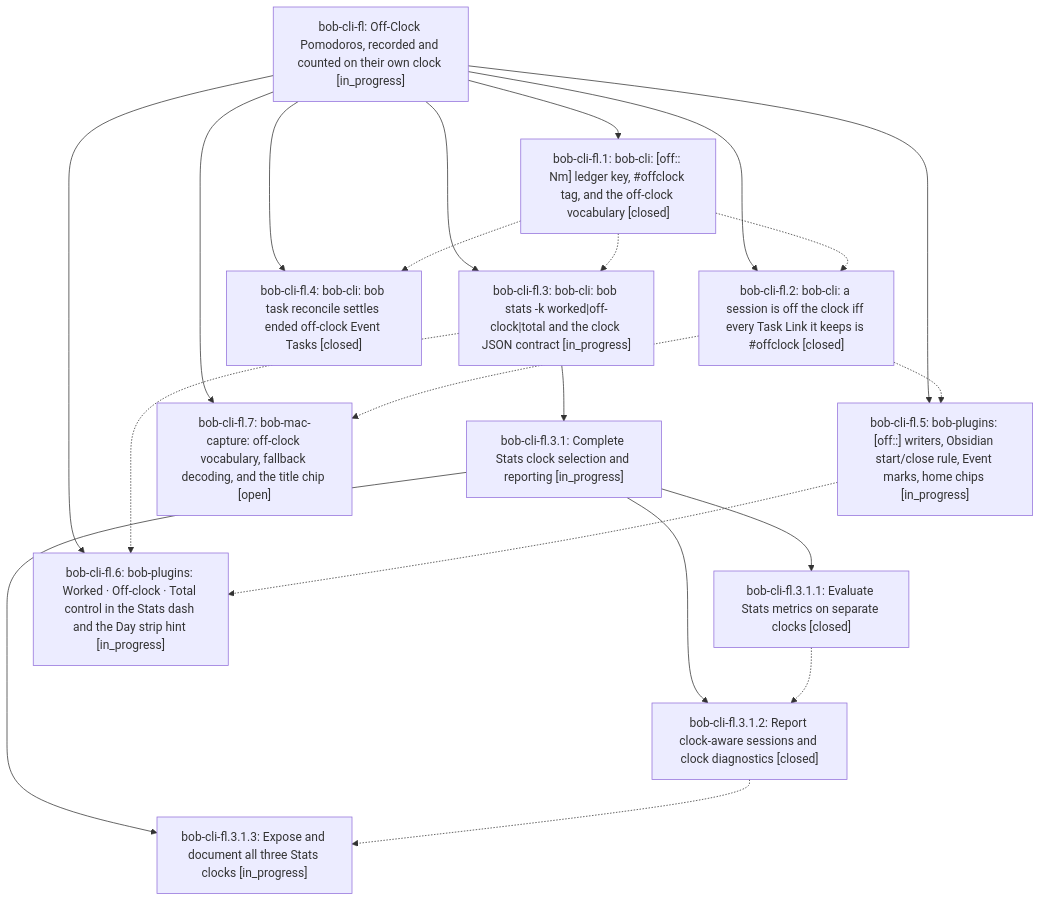
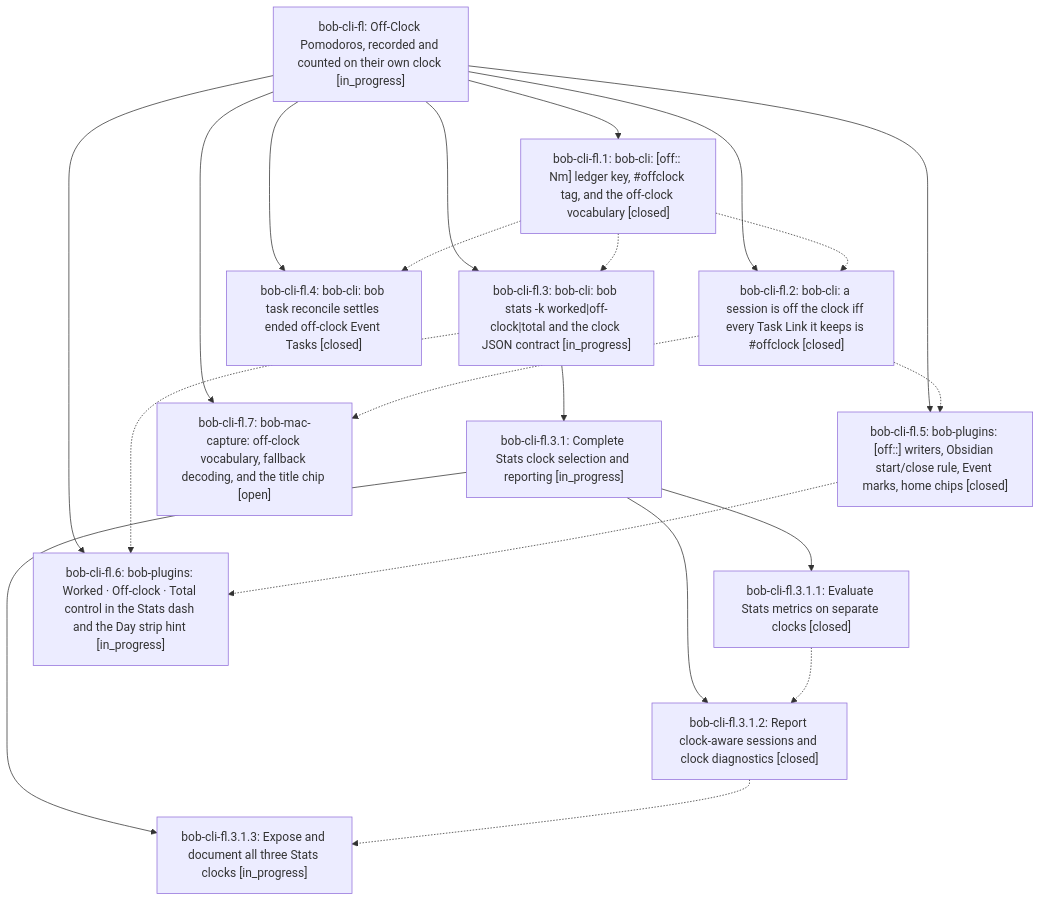
The diagram in pages/bob-cli-fl/README.md (bobs-org/bob-cli--beads), drawn with Mermaid before and after one commit. The commit also changed other lines of this file and 6 other files, not shown here.

First line of the commit message:
chore(beads): sync bead state and pages for bob-cli-fl

````diff
--- a/pages/bob-cli-fl/README.md
+++ b/pages/bob-cli-fl/README.md
@@ -42,35 +42,35 @@
 ```mermaid
 flowchart TD
     n0["bob-cli-fl: Off-Clock Pomodoros, recorded and counted on their own clock [in_progress]"]
     n1["bob-cli-fl.1: bob-cli: [off:: Nm] ledger key, #offclock tag, and the off-clock vocabulary [closed]"]
     n2["bob-cli-fl.2: bob-cli: a session is off the clock iff every Task Link it keeps is #offclock [closed]"]
     n3["bob-cli-fl.3: bob-cli: bob stats -k worked|off-clock|total and the clock JSON contract [in_progress]"]
     n4["bob-cli-fl.3.1: Complete Stats clock selection and reporting [in_progress]"]
     n5["bob-cli-fl.3.1.1: Evaluate Stats metrics on separate clocks [closed]"]
     n6["bob-cli-fl.3.1.2: Report clock-aware sessions and clock diagnostics [closed]"]
     n7["bob-cli-fl.3.1.3: Expose and document all three Stats clocks [in_progress]"]
     n8["bob-cli-fl.4: bob-cli: bob task reconcile settles ended off-clock Event Tasks [closed]"]
-    n9["bob-cli-fl.5: bob-plugins: [off::] writers, Obsidian start/close rule, Event marks, home chips [in_progress]"]
+    n9["bob-cli-fl.5: bob-plugins: [off::] writers, Obsidian start/close rule, Event marks, home chips [closed]"]
     n10["bob-cli-fl.6: bob-plugins: Worked · Off-clock · Total control in the Stats dash and the Day strip hint [in_progress]"]
     n11["bob-cli-fl.7: bob-mac-capture: off-clock vocabulary, fallback decoding, and the title chip [open]"]
     n0 --> n1
     n0 --> n2
     n0 --> n3
     n3 --> n4
     n4 --> n5
     n4 --> n6
     n4 --> n7
     n0 --> n8
     n0 --> n9
     n0 --> n10
     n0 --> n11
     n1 -.-> n2
     n1 -.-> n3
     n1 -.-> n8
     n2 -.-> n9
     n2 -.-> n11
     n3 -.-> n10
     n5 -.-> n6
     n6 -.-> n7
     n9 -.-> n10
 ```
````
